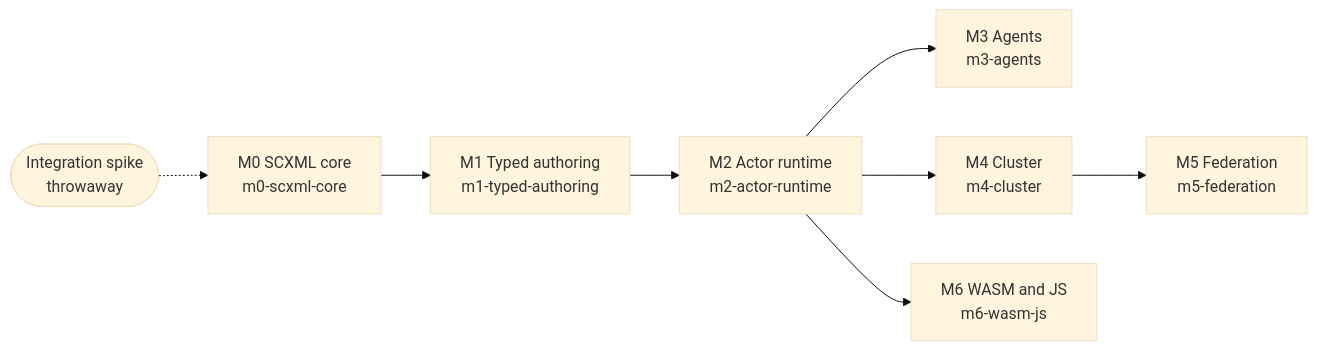
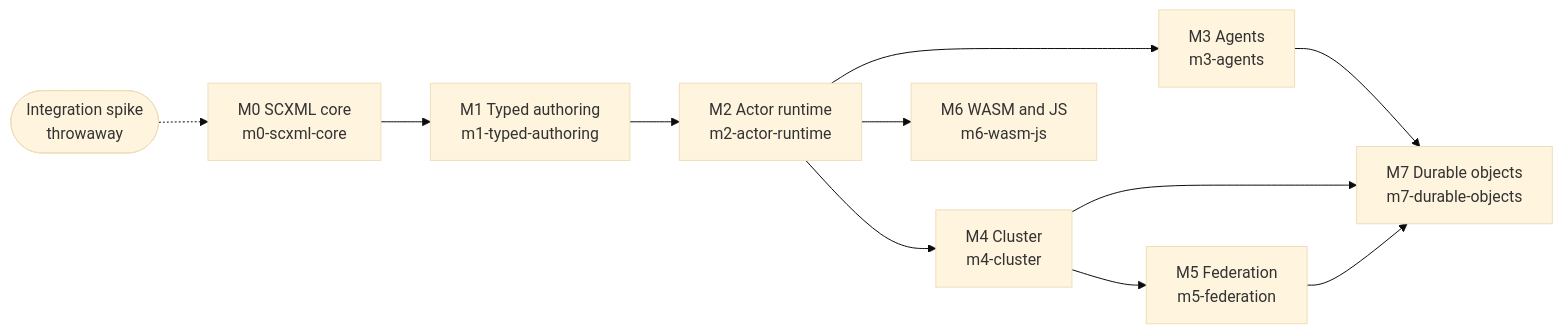
One commit to Volland/vertep changed the diagram in tg.md/roadmap.md. Above: the diagram before and after it, drawn with Mermaid (base theme). The commit also changed other lines of this file and 77 other files, not shown here.

````diff
--- a/tg.md/roadmap.md
+++ b/tg.md/roadmap.md
@@ -9,10 +9,13 @@
 ```mermaid
 flowchart LR
     M0["M0 SCXML core<br/>m0-scxml-core"] --> M1["M1 Typed authoring<br/>m1-typed-authoring"]
     M1 --> M2["M2 Actor runtime<br/>m2-actor-runtime"]
     M2 --> M3["M3 Agents<br/>m3-agents"]
     M2 --> M4["M4 Cluster<br/>m4-cluster"]
     M4 --> M5["M5 Federation<br/>m5-federation"]
     M2 --> M6["M6 WASM and JS<br/>m6-wasm-js"]
+    M3 --> M7["M7 Durable objects<br/>m7-durable-objects"]
+    M4 --> M7
+    M5 --> M7
     S(["Integration spike<br/>throwaway"]) -.-> M0
 ```
````
